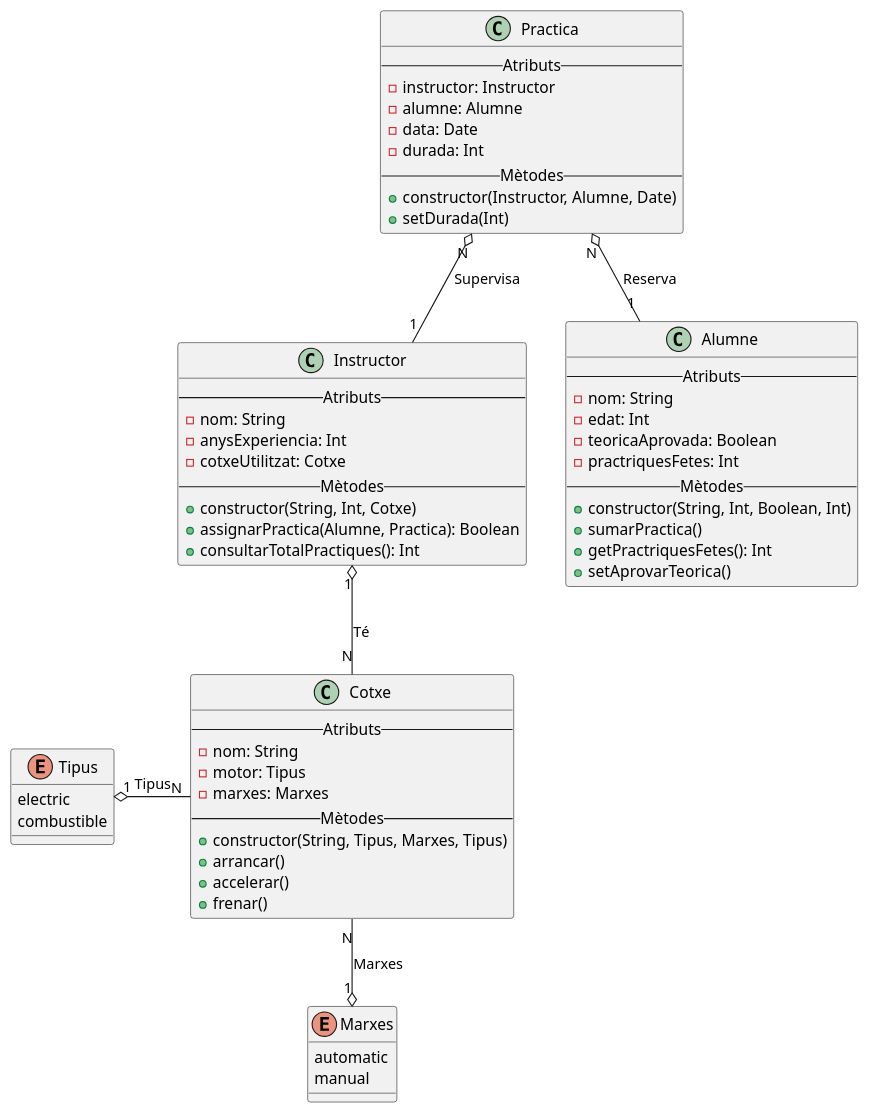
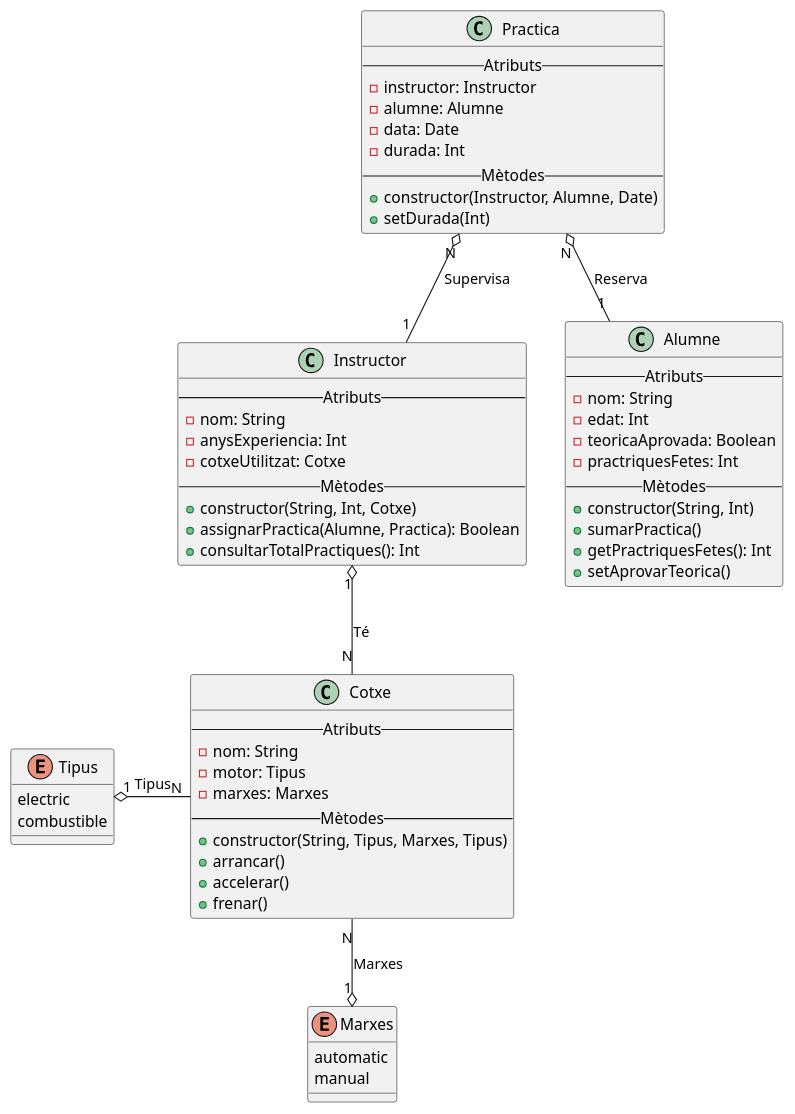
One commit to MarcBonamusa/DiagramesClasses changed the diagram in src/main/kotlin/uml/Exercici8.puml. Above: the diagram before and after it, drawn with PlantUML.

Commit message:
Exercicis fets fins al 8

```diff
--- a/src/main/kotlin/uml/Exercici8.puml
+++ b/src/main/kotlin/uml/Exercici8.puml
@@ -1,67 +1,67 @@
 @startuml
 'https://plantuml.com/class-diagram
 
 enum Tipus {
     electric
     combustible
 }
 
 enum Marxes{
     automatic
     manual
 }
 
 class Cotxe{
     -- Atributs --
     - nom: String
     - motor: Tipus
     - marxes: Marxes
     -- Mètodes --
     + constructor(String, Tipus, Marxes, Tipus)
     + arrancar()
     + accelerar()
     + frenar()
 }
 
 class Instructor{
     -- Atributs --
     - nom: String
     - anysExperiencia: Int
     - cotxeUtilitzat: Cotxe
     -- Mètodes --
     + constructor(String, Int, Cotxe)
     + assignarPractica(Alumne, Practica): Boolean
     + consultarTotalPractiques(): Int
 }
 
 class Alumne {
     -- Atributs --
     - nom: String
     - edat: Int
     - teoricaAprovada: Boolean
     - practriquesFetes: Int
     -- Mètodes --
-    + constructor(String, Int, Boolean, Int)
+    + constructor(String, Int)
     + sumarPractica()
     + getPractriquesFetes(): Int
     + setAprovarTeorica()
 }
 
 class Practica {
     -- Atributs --
     - instructor: Instructor
     - alumne: Alumne
     - data: Date
     - durada: Int
     -- Mètodes --
     + constructor(Instructor, Alumne, Date)
     + setDurada(Int)
 }
 
 Practica "N" o-- "1" Instructor: Supervisa
 Practica "N" o-- "1" Alumne: Reserva
 Instructor "1" o-- "N" Cotxe: Té
 Tipus "1" o-right- "N" Cotxe: Tipus
 Marxes "1" o-up- "N" Cotxe: Marxes
 
 @enduml
```
